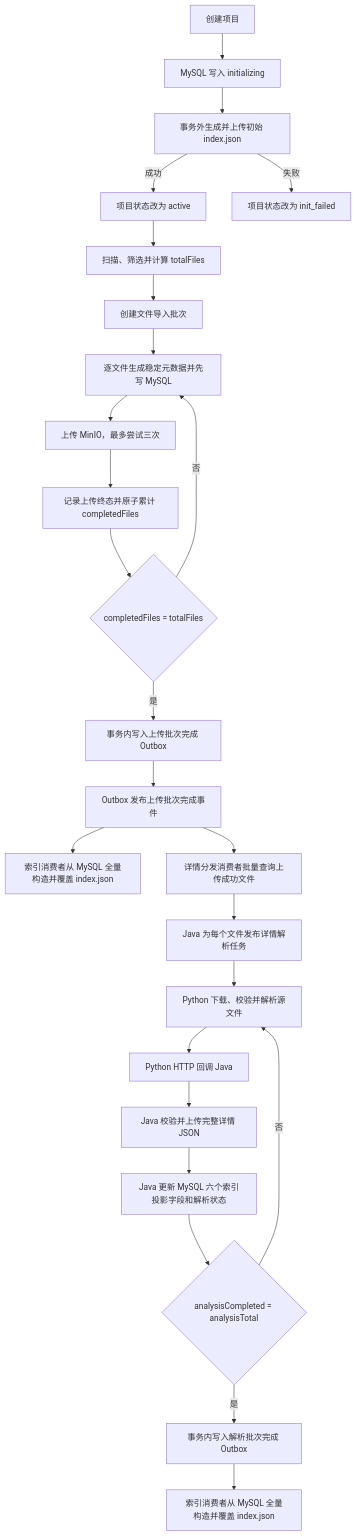
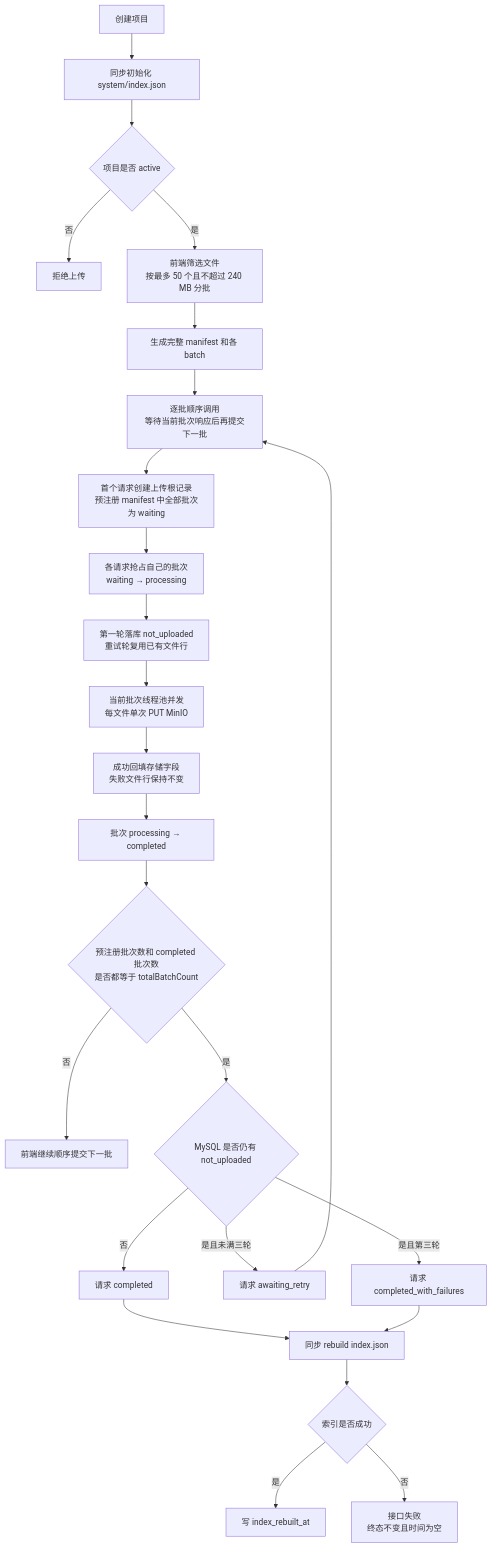
Before and after one commit to ningningsenpai/PM-AGENT: the diagram in docs/20-索引初始化与重建流程改造说明.md, drawn with Mermaid. The commit also changed other lines of this file and 81 other files, not shown here.

````diff
--- a/docs/20-索引初始化与重建流程改造说明.md
+++ b/docs/20-索引初始化与重建流程改造说明.md
@@ -52,29 +22,27 @@
-```mermaid
+~~~mermaid
 flowchart TD
-    A["创建项目"] --> B["MySQL 写入 initializing"]
-    B --> C["事务外生成并上传初始 index.json"]
-    C -->|成功| D["项目状态改为 active"]
-    C -->|失败| E["项目状态改为 init_failed"]
-
-    D --> F["扫描、筛选并计算 totalFiles"]
-    F --> G["创建文件导入批次"]
-    G --> H["逐文件生成稳定元数据并先写 MySQL"]
-    H --> I["上传 MinIO，最多尝试三次"]
-    I --> J["记录上传终态并原子累计 completedFiles"]
-    J --> K{"completedFiles = totalFiles"}
-    K -->|否| H
-    K -->|是| L["事务内写入上传批次完成 Outbox"]
-
-    L --> M["Outbox 发布上传批次完成事件"]
-    M --> N["索引消费者从 MySQL 全量构造并覆盖 index.json"]
-    M --> O["详情分发消费者批量查询上传成功文件"]
-    O --> P["Java 为每个文件发布详情解析任务"]
-    P --> Q["Python 下载、校验并解析源文件"]
-    Q --> R["Python HTTP 回调 Java"]
-    R --> S["Java 校验并上传完整详情 JSON"]
-    S --> T["Java 更新 MySQL 六个索引投影字段和解析状态"]
-    T --> U{"analysisCompleted = analysisTotal"}
-    U -->|否| Q
-    U -->|是| V["事务内写入解析批次完成 Outbox"]
-    V --> W["索引消费者从 MySQL 全量构造并覆盖 index.json"]
-```
+    A["创建项目"] --> B["同步初始化 system/index.json"]
+    B --> C{"项目是否 active"}
+    C -->|否| D["拒绝上传"]
+    C -->|是| E["前端筛选文件<br/>按最多 50 个且不超过 240 MB 分批"]
+    E --> F["生成完整 manifest 和各 batch"]
+    F --> G["逐批顺序调用<br/>等待当前批次响应后再提交下一批"]
+    G --> H["首个请求创建上传根记录<br/>预注册 manifest 中全部批次为 waiting"]
+    H --> I["各请求抢占自己的批次<br/>waiting → processing"]
+    I --> J["第一轮落库 not_uploaded<br/>重试轮复用已有文件行"]
+    J --> K["当前批次线程池并发<br/>每文件单次 PUT MinIO"]
+    K --> L["成功回填存储字段<br/>失败文件行保持不变"]
+    L --> M["批次 processing → completed"]
+    M --> N{"预注册批次数和 completed 批次数<br/>是否都等于 totalBatchCount"}
+    N -->|否| O["前端继续顺序提交下一批"]
+    N -->|是| P{"MySQL 是否仍有 not_uploaded"}
+    P -->|否| Q["请求 completed"]
+    P -->|是且未满三轮| R["请求 awaiting_retry"]
+    R --> G
+    P -->|是且第三轮| S["请求 completed_with_failures"]
+    Q --> T["同步 rebuild index.json"]
+    S --> T
+    T --> U{"索引是否成功"}
+    U -->|是| V["写 index_rebuilt_at"]
+    U -->|否| W["接口失败<br/>终态不变且时间为空"]
+~~~
````
